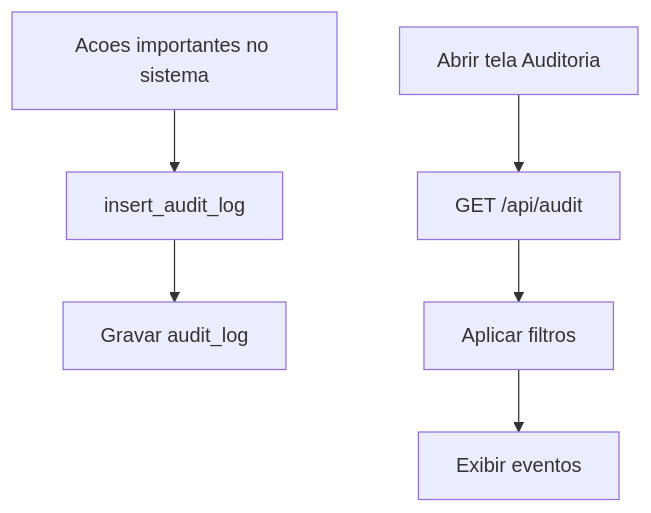
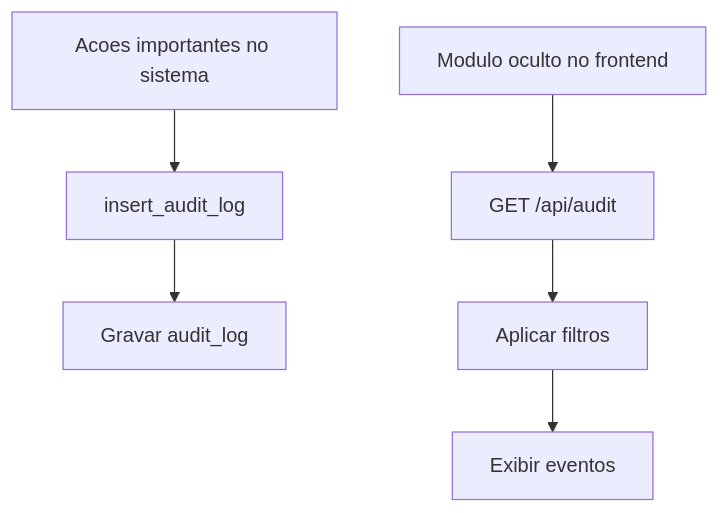
Before and after one commit to GiovannaBarbieri/alfred: diagram 14 of 15 in docs/11-diagramas-endpoints-fluxos.md, drawn with Mermaid. The commit also changed other lines of this file and 11 other files, not shown here.

````diff
--- a/docs/11-diagramas-endpoints-fluxos.md
+++ b/docs/11-diagramas-endpoints-fluxos.md
@@ -538,8 +541,8 @@
 ```mermaid
 flowchart TD
   A["Acoes importantes no sistema"] --> B["insert_audit_log"]
   B --> C["Gravar audit_log"]
-  D["Abrir tela Auditoria"] --> E["GET /api/audit"]
+  D["Modulo oculto no frontend"] --> E["GET /api/audit"]
   E --> F["Aplicar filtros"]
   F --> G["Exibir eventos"]
 ```
````
